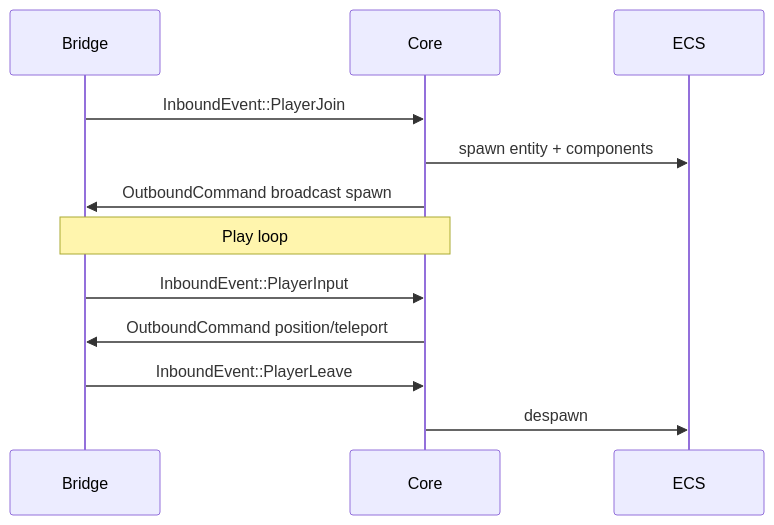
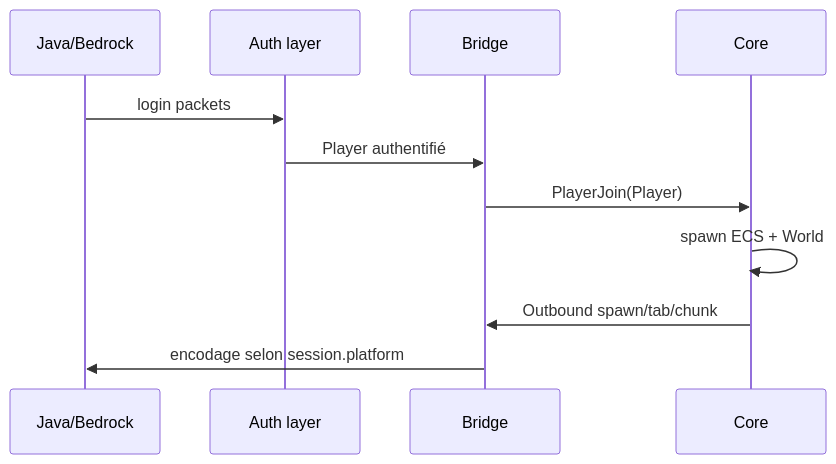
One commit to selimawn/mcrust changed the diagram in docs/architecture/player.md. Above: the diagram before and after it, drawn with Mermaid. The commit also changed other lines of this file and 13 other files, not shown here.

Commit message:
docs: official Java/Bedrock auth, conf.txt, unified Player with platform

````diff
--- a/docs/architecture/player.md
+++ b/docs/architecture/player.md
@@ -28,14 +70,13 @@
 ```mermaid
 sequenceDiagram
+  participant Net as Java/Bedrock
+  participant Auth as Auth layer
   participant B as Bridge
   participant C as Core
-  participant E as ECS
-  B->>C: InboundEvent::PlayerJoin
-  C->>E: spawn entity + components
-  C->>B: OutboundCommand broadcast spawn
-  Note over B,C: Play loop
-  B->>C: InboundEvent::PlayerInput
-  C->>B: OutboundCommand position/teleport
-  B->>C: InboundEvent::PlayerLeave
-  C->>E: despawn
+  Net->>Auth: login packets
+  Auth->>B: Player authentifié
+  B->>C: PlayerJoin(Player)
+  C->>C: spawn ECS + World
+  C->>B: Outbound spawn/tab/chunk
+  B->>Net: encodage selon session.platform
 ```
````
